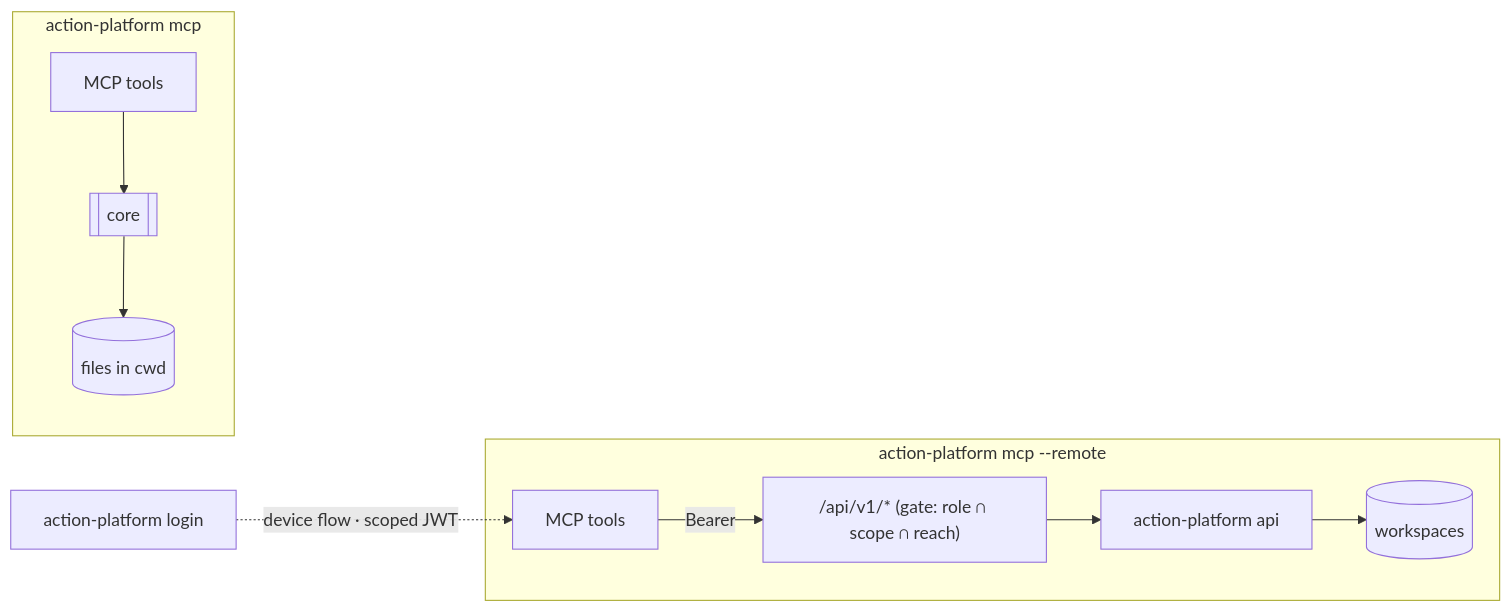
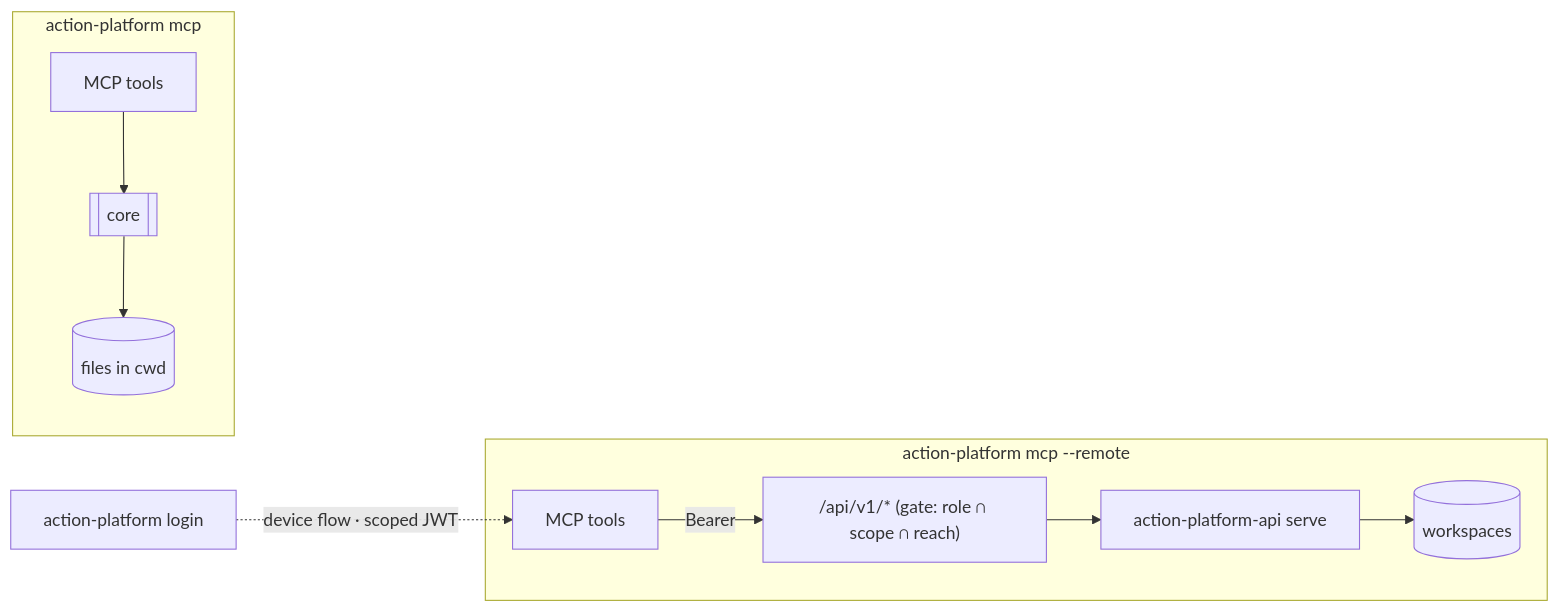
The diagram in docs/use_mcp.md (actionplatform/action-platform), drawn with Mermaid before and after one commit. The commit also changed 272 other files, not shown here.

````diff
--- a/docs/use_mcp.md
+++ b/docs/use_mcp.md
@@ -26,10 +26,10 @@
 ```mermaid
 flowchart LR
     subgraph local["action-platform mcp"]
         L1[MCP tools] --> C1[[core]] --> F[(files in cwd)]
     end
     subgraph remote["action-platform mcp --remote"]
-        L2[MCP tools] -->|Bearer| V["/api/v1/* (gate: role ∩ scope ∩ reach)"] --> API[action-platform api] --> WS[(workspaces)]
+        L2[MCP tools] -->|Bearer| V["/api/v1/* (gate: role ∩ scope ∩ reach)"] --> API[action-platform-api serve] --> WS[(workspaces)]
     end
     login["action-platform login <url>"] -.->|device flow · scoped JWT| L2
 ```
````
